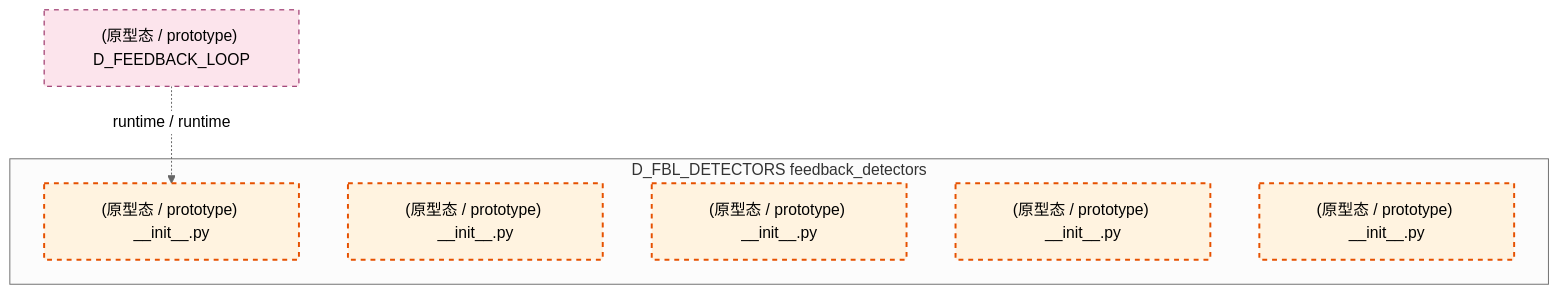
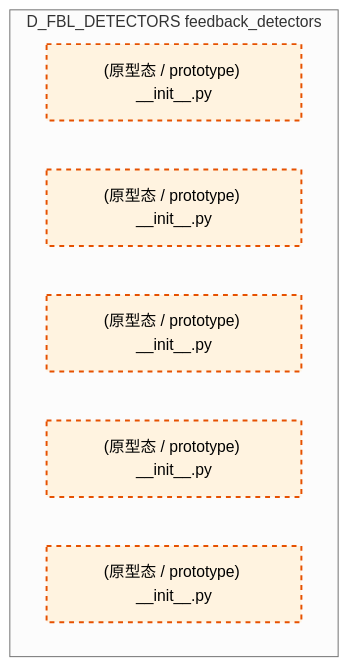
One commit to xuanFelixVan/ZephyrAlpha changed the fifth of 6 diagrams in docs/02_enterprise_architecture/02_domain_architecture_docs/11_d_fbl_detectors.md. Above: the diagram before and after it, drawn with Mermaid (neutral theme). The commit also changed other lines of this file and 124 other files, not shown here.

````diff
--- a/docs/02_enterprise_architecture/02_domain_architecture_docs/11_d_fbl_detectors.md
+++ b/docs/02_enterprise_architecture/02_domain_architecture_docs/11_d_fbl_detectors.md
@@ -400,18 +400,15 @@
 ```mermaid
 graph TD
     subgraph D_FBL_DETECTORS["D_FBL_DETECTORS feedback_detectors"]
         src_zephyr_feedback_loop_detectors_anomaly_init_py["(原型态 / prototype) __init__.py"]
         src_zephyr_feedback_loop_detectors_correlation_init_py["(原型态 / prototype) __init__.py"]
         src_zephyr_feedback_loop_detectors_drift_init_py["(原型态 / prototype) __init__.py"]
         src_zephyr_feedback_loop_detectors_guard_init_py["(原型态 / prototype) __init__.py"]
         src_zephyr_feedback_loop_detectors_reliability_init_py["(原型态 / prototype) __init__.py"]
     end
-    D_FEEDBACK_LOOP["(原型态 / prototype) D_FEEDBACK_LOOP"]
-    D_FEEDBACK_LOOP -.->|runtime / runtime| src_zephyr_feedback_loop_detectors_anomaly_init_py
     classDef production fill:#e1f5fe,stroke:#01579b,stroke-width:2px,color:#000
     classDef design fill:#fff3e0,stroke:#e65100,stroke-width:2px,color:#000,stroke-dasharray: 5 5
     classDef external_prod fill:#e8f5e9,stroke:#1b5e20,stroke-width:1px,color:#000
     classDef external_design fill:#fce4ec,stroke:#880e4f,stroke-width:1px,color:#000,stroke-dasharray: 5 5
     class src_zephyr_feedback_loop_detectors_anomaly_init_py,src_zephyr_feedback_loop_detectors_correlation_init_py,src_zephyr_feedback_loop_detectors_drift_init_py,src_zephyr_feedback_loop_detectors_guard_init_py,src_zephyr_feedback_loop_detectors_reliability_init_py design
-    class D_FEEDBACK_LOOP external_design
 ```
````
